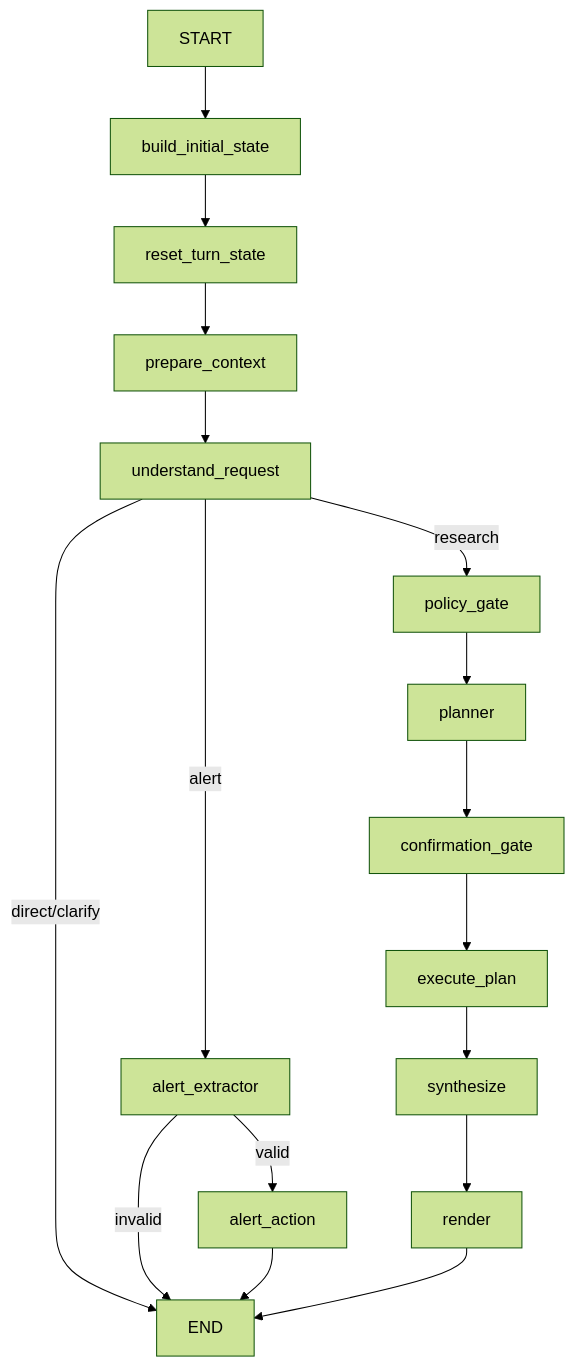
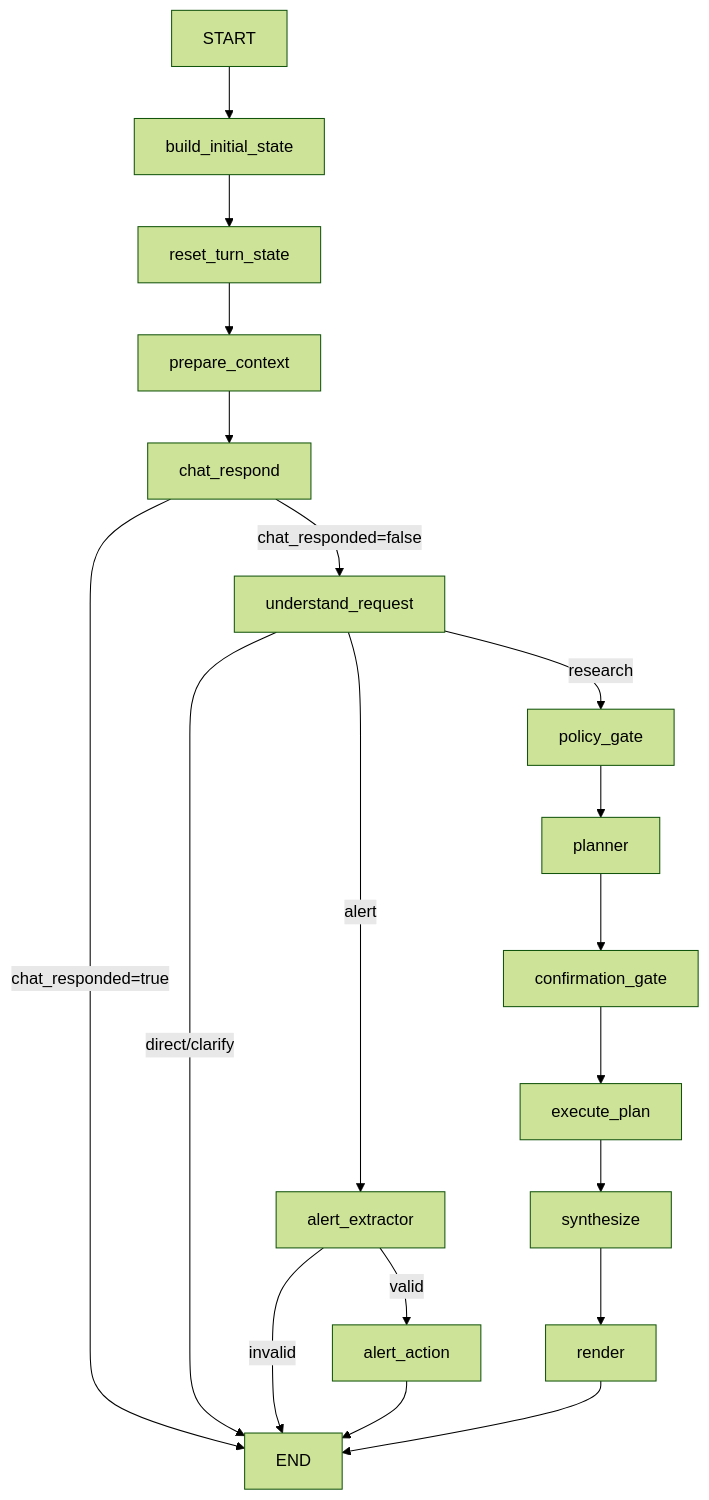
The second of 10 diagrams in docs/01_ARCHITECTURE.md (kkkano/FinSight), drawn with Mermaid (forest theme) before and after one commit. The commit also changed other lines of this file and 8 other files, not shown here.

````diff
--- a/docs/01_ARCHITECTURE.md
+++ b/docs/01_ARCHITECTURE.md
@@ -55,19 +55,21 @@
 ```mermaid
 flowchart TD
   START --> build_initial_state
   build_initial_state --> reset_turn_state
   reset_turn_state --> prepare_context
-  prepare_context --> understand_request
+  prepare_context --> chat_respond
+  chat_respond -->|chat_responded=true| END
+  chat_respond -->|chat_responded=false| understand_request
   understand_request -->|direct/clarify| END
   understand_request -->|alert| alert_extractor
   understand_request -->|research| policy_gate
   alert_extractor -->|valid| alert_action
   alert_extractor -->|invalid| END
   alert_action --> END
   policy_gate --> planner
   planner --> confirmation_gate
   confirmation_gate --> execute_plan
   execute_plan --> synthesize
   synthesize --> render
   render --> END
 ```
````
